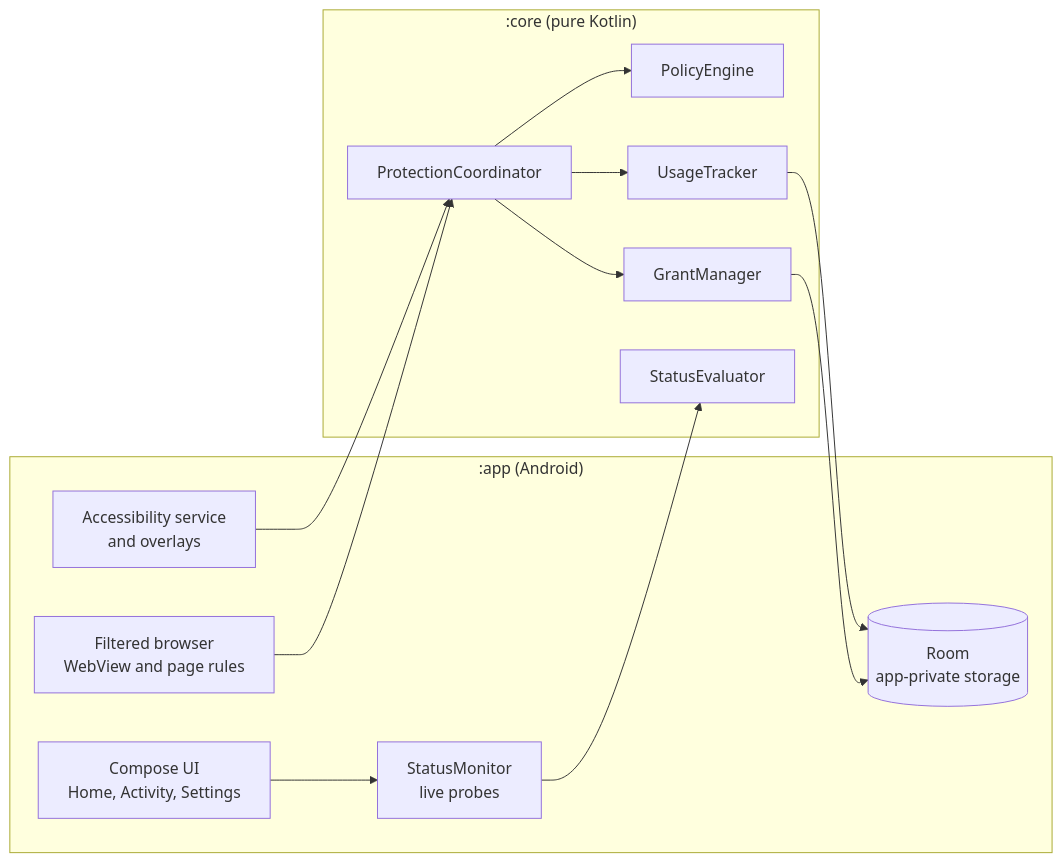
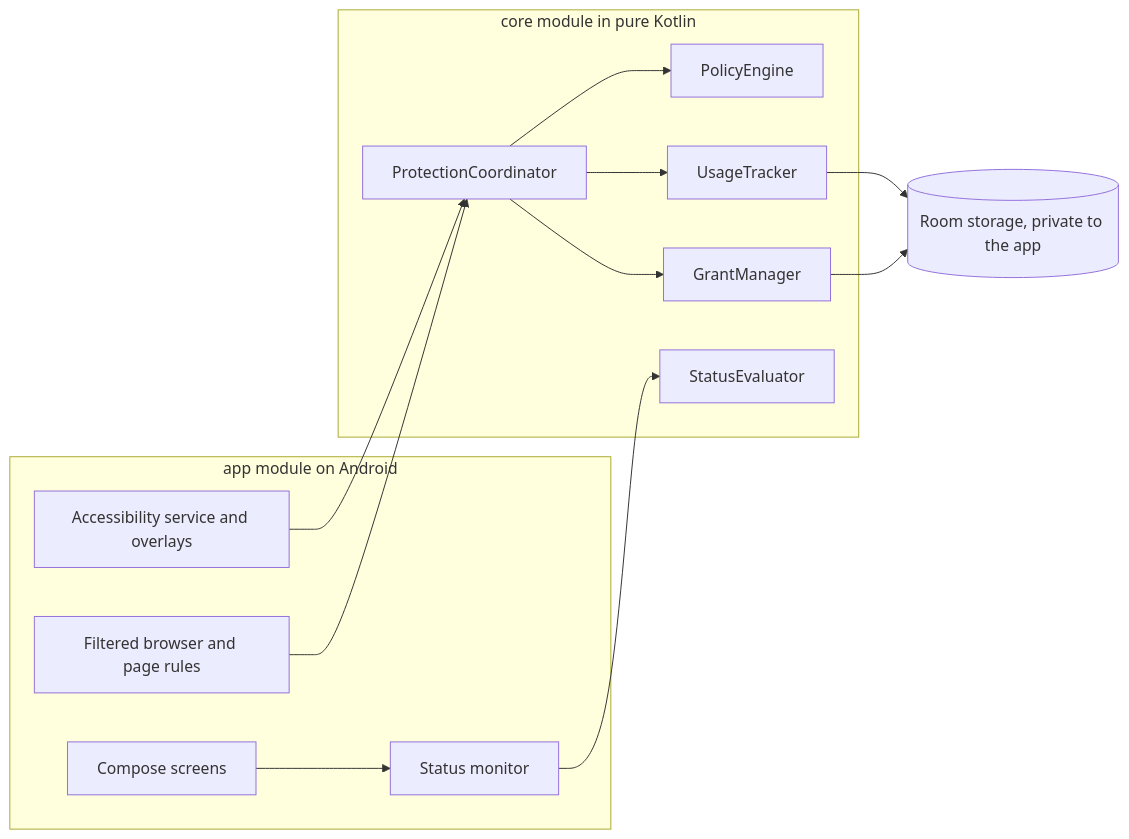
One commit to abdoulaahmad/dereel changed the second of 2 diagrams in README.md. Above: the diagram before and after it, drawn with Mermaid. The commit also changed other lines of this file and 3 other files, not shown here.

First line of the commit message:
README: fix the architecture diagram and enlarge small text

````diff
--- a/README.md
+++ b/README.md
@@ -235,25 +235,26 @@
 ```mermaid
 flowchart LR
-    subgraph APP[":app (Android)"]
-        UI["Compose UI<br/>Home, Activity, Settings"]
-        A11Y["Accessibility service<br/>and overlays"]
-        WEB["Filtered browser<br/>WebView and page rules"]
-        MON["StatusMonitor<br/>live probes"]
-        DB[("Room<br/>app-private storage")]
+    subgraph Android [app module on Android]
+        Screens[Compose screens]
+        Service[Accessibility service and overlays]
+        Web[Filtered browser and page rules]
+        Monitor[Status monitor]
     end
-    subgraph CORE[":core (pure Kotlin)"]
-        COORD["ProtectionCoordinator"]
-        POLICY["PolicyEngine"]
-        USAGE["UsageTracker"]
-        GRANT["GrantManager"]
-        STATUS["StatusEvaluator"]
+    subgraph Core [core module in pure Kotlin]
+        Coordinator[ProtectionCoordinator]
+        Policy[PolicyEngine]
+        Usage[UsageTracker]
+        Grants[GrantManager]
+        Status[StatusEvaluator]
     end
-    A11Y --> COORD
-    WEB --> COORD
-    COORD --> POLICY
-    COORD --> USAGE
-    COORD --> GRANT
-    UI --> MON --> STATUS
-    USAGE --> DB
-    GRANT --> DB
+    Storage[(Room storage, private to the app)]
+    Service --> Coordinator
+    Web --> Coordinator
+    Screens --> Monitor
+    Monitor --> Status
+    Coordinator --> Policy
+    Coordinator --> Usage
+    Coordinator --> Grants
+    Usage --> Storage
+    Grants --> Storage
 ```
````
